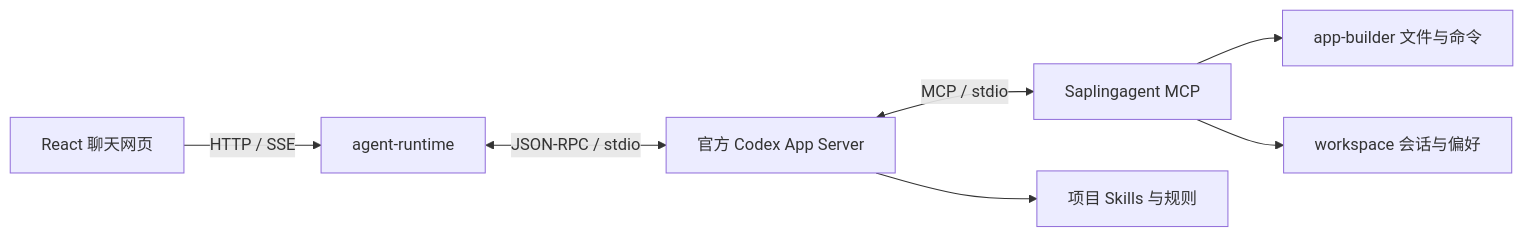
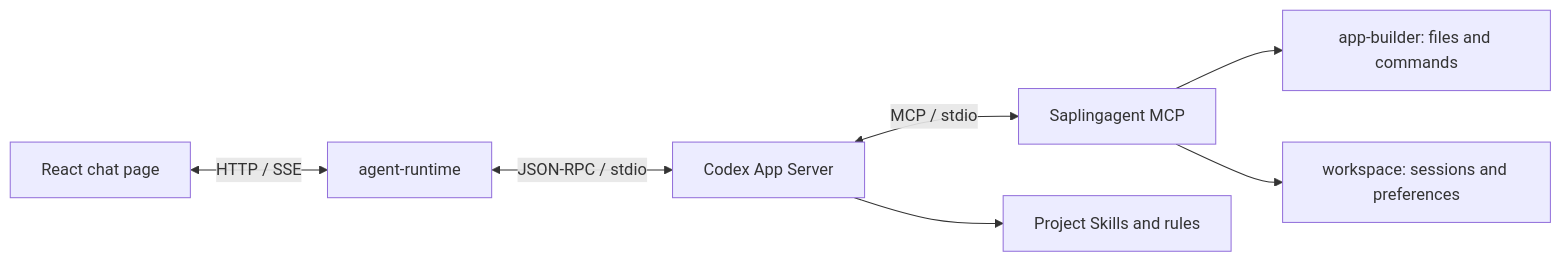
The diagram in README.md (extendmachine/Saplingagent), drawn with Mermaid before and after one commit. The commit also changed other lines of this file and 57 other files, not shown here.

````diff
--- a/README.md
+++ b/README.md
@@ -94,9 +93,9 @@
 ```mermaid
 flowchart LR
-    UI[React 聊天网页] -->|HTTP / SSE| Agent[agent-runtime]
-    Agent <-->|JSON-RPC / stdio| Codex[官方 Codex App Server]
+    UI[React chat page] <-->|HTTP / SSE| Agent[agent-runtime]
+    Agent <-->|JSON-RPC / stdio| Codex[Codex App Server]
     Codex <-->|MCP / stdio| MCP[Saplingagent MCP]
-    MCP --> Builder[app-builder 文件与命令]
-    MCP --> Workspace[workspace 会话与偏好]
-    Codex --> Skills[项目 Skills 与规则]
+    MCP --> Builder[app-builder: files and commands]
+    MCP --> Workspace[workspace: sessions and preferences]
+    Codex --> Skills[Project Skills and rules]
 ```
````
